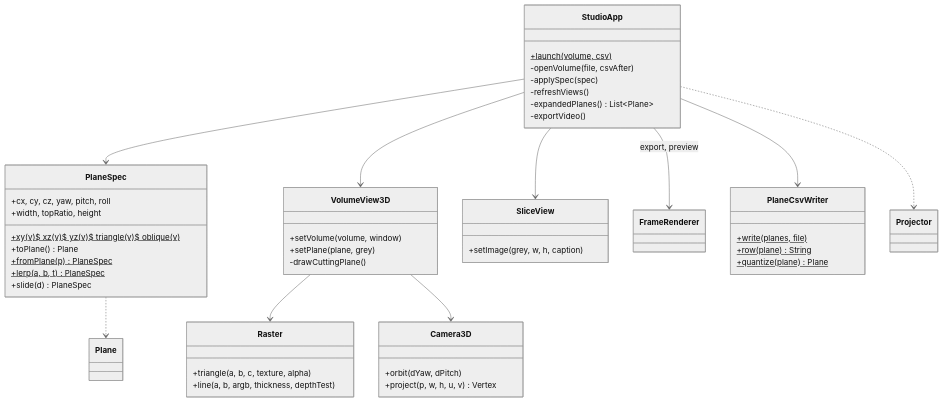
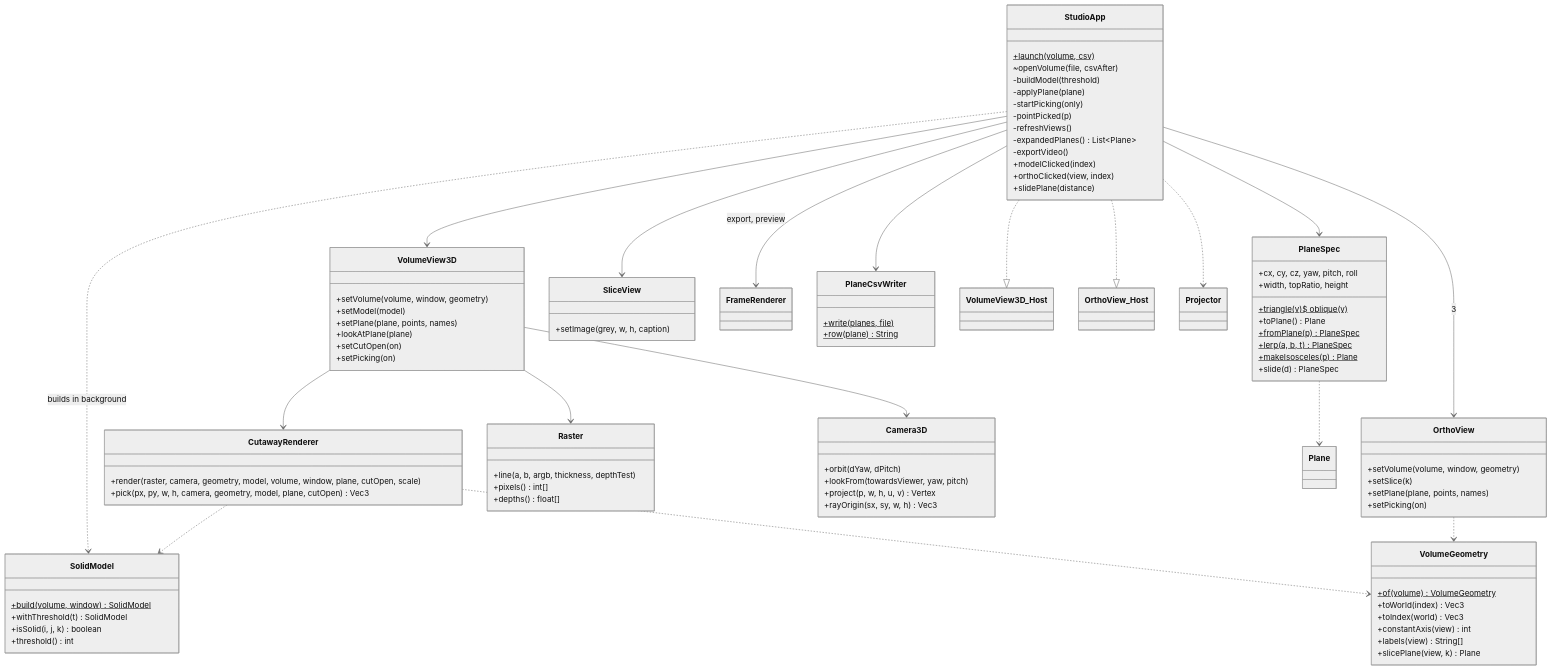
The fourth of 6 diagrams in docs/SDD.md (NoamTheGolem/Intro2SE_Ex1), drawn with Mermaid (neutral theme) before and after one commit. The commit also changed other lines of this file and 24 other files, not shown here.

````diff
--- a/docs/SDD.md
+++ b/docs/SDD.md
@@ -166,33 +185,70 @@
 classDiagram
     class StudioApp {
       +launch(volume, csv)$
-      -openVolume(file, csvAfter)
-      -applySpec(spec)
+      ~openVolume(file, csvAfter)
+      -buildModel(threshold)
+      -applyPlane(plane)
+      -startPicking(only)
+      -pointPicked(p)
       -refreshViews()
       -expandedPlanes() List~Plane~
       -exportVideo()
+      +modelClicked(index)
+      +orthoClicked(view, index)
+      +slidePlane(distance)
     }
     class PlaneSpec {
       +cx, cy, cz, yaw, pitch, roll
       +width, topRatio, height
-      +xy(v)$ xz(v)$ yz(v)$ triangle(v)$ oblique(v)$
+      +triangle(v)$ oblique(v)$
       +toPlane() Plane
       +fromPlane(p)$ PlaneSpec
       +lerp(a, b, t)$ PlaneSpec
+      +makeIsosceles(p)$ Plane
       +slide(d) PlaneSpec
     }
+    class VolumeGeometry {
+      +of(volume)$ VolumeGeometry
+      +toWorld(index) Vec3
+      +toIndex(world) Vec3
+      +constantAxis(view) int
+      +labels(view) String[]
+      +slicePlane(view, k) Plane
+    }
+    class SolidModel {
+      +build(volume, window)$ SolidModel
+      +withThreshold(t) SolidModel
+      +isSolid(i, j, k) boolean
+      +threshold() int
+    }
+    class CutawayRenderer {
+      +render(raster, camera, geometry, model, volume, window, plane, cutOpen, scale)
+      +pick(px, py, w, h, camera, geometry, model, plane, cutOpen) Vec3
+    }
     class VolumeView3D {
-      +setVolume(volume, window)
-      +setPlane(plane, grey)
-      -drawCuttingPlane()
+      +setVolume(volume, window, geometry)
+      +setModel(model)
+      +setPlane(plane, points, names)
+      +lookAtPlane(plane)
+      +setCutOpen(on)
+      +setPicking(on)
+    }
+    class OrthoView {
+      +setVolume(volume, window, geometry)
+      +setSlice(k)
+      +setPlane(plane, points, names)
+      +setPicking(on)
     }
     class Raster {
-      +triangle(a, b, c, texture, alpha)
       +line(a, b, argb, thickness, depthTest)
+      +pixels() int[]
+      +depths() float[]
     }
     class Camera3D {
       +orbit(dYaw, dPitch)
+      +lookFrom(towardsViewer, yaw, pitch)
       +project(p, w, h, u, v) Vertex
+      +rayOrigin(sx, sy, w, h) Vec3
     }
     class SliceView {
       +setImage(grey, w, h, caption)
@@ -201,15 +257,22 @@
     class PlaneCsvWriter {
       +write(planes, file)$
       +row(plane)$ String
-      +quantize(plane)$ Plane
     }
     StudioApp --> PlaneSpec
     StudioApp --> VolumeView3D
+    StudioApp --> OrthoView : 3
     StudioApp --> SliceView
     StudioApp --> FrameRenderer : export, preview
     StudioApp --> PlaneCsvWriter
+    StudioApp ..> SolidModel : builds in background
+    VolumeView3D --> CutawayRenderer
     VolumeView3D --> Raster
     VolumeView3D --> Camera3D
+    CutawayRenderer ..> SolidModel
+    CutawayRenderer ..> VolumeGeometry
+    OrthoView ..> VolumeGeometry
+    StudioApp ..|> VolumeView3D_Host
+    StudioApp ..|> OrthoView_Host
     PlaneSpec ..> Plane
     StudioApp ..> Projector
 ```
````
